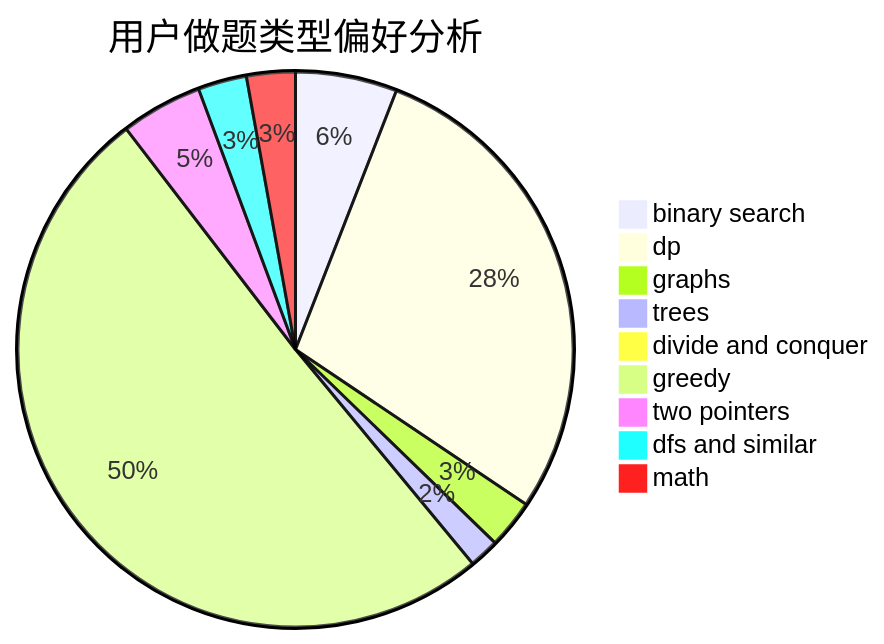
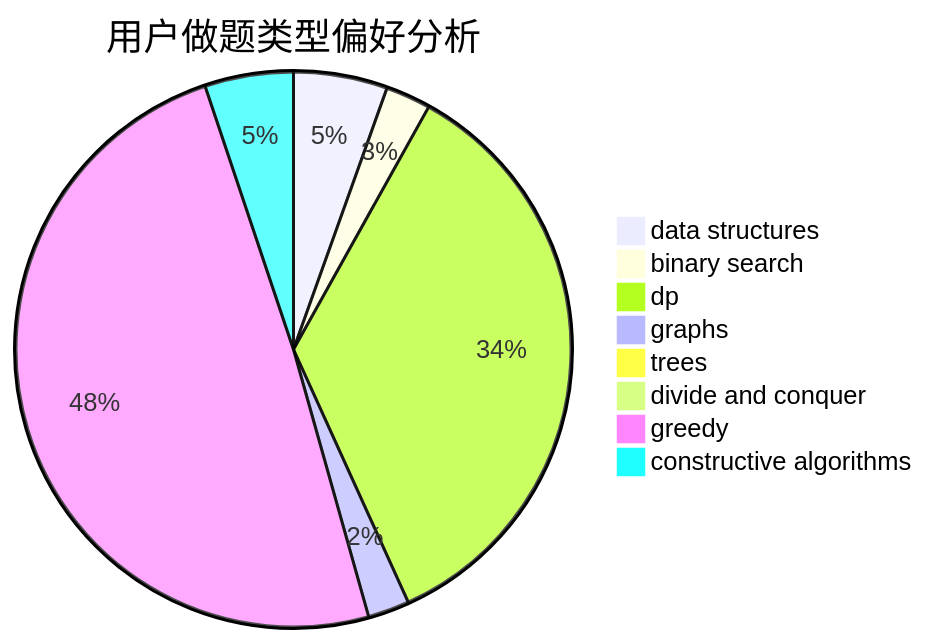
Before and after one commit to sherpahu/cfrs.github.io: the second of 3 diagrams in docs/user/u831.md, drawn with Mermaid. The commit also changed other lines of this file and 2775 other files, not shown here.

````diff
--- a/docs/user/u831.md
+++ b/docs/user/u831.md
@@ -23,12 +23,11 @@
 ```mermaid
 pie title 用户做题类型偏好分析
-    "binary search" :  71
-    "dp" :  342
-    "graphs" :  34
-    "trees" :  21
+    "data structures" :  52
+    "binary search" :  25
+    "dp" :  334
+    "graphs" :  23
+    "trees" :  9
     "divide and conquer" :  9
-    "greedy" :  607
-    "two pointers" :  57
-    "dfs and similar" :  34
-    "math" :  34
+    "greedy" :  468
+    "constructive algorithms" :  49
 ```
````
